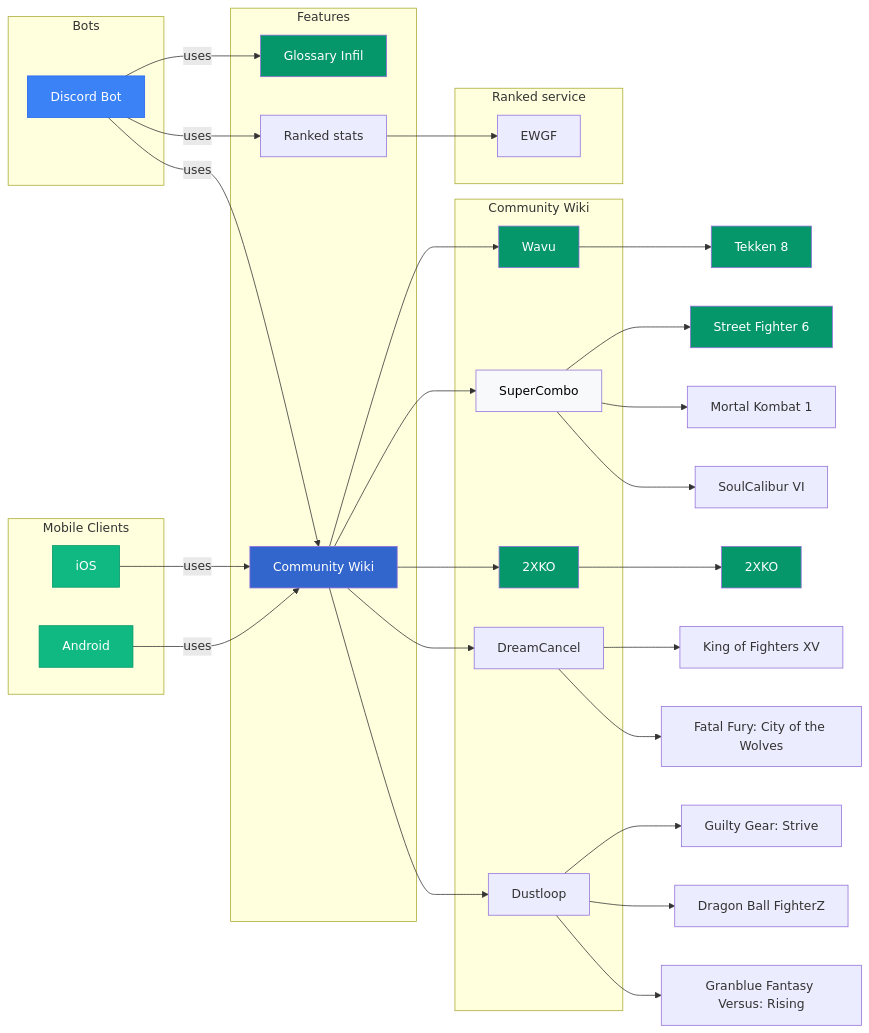
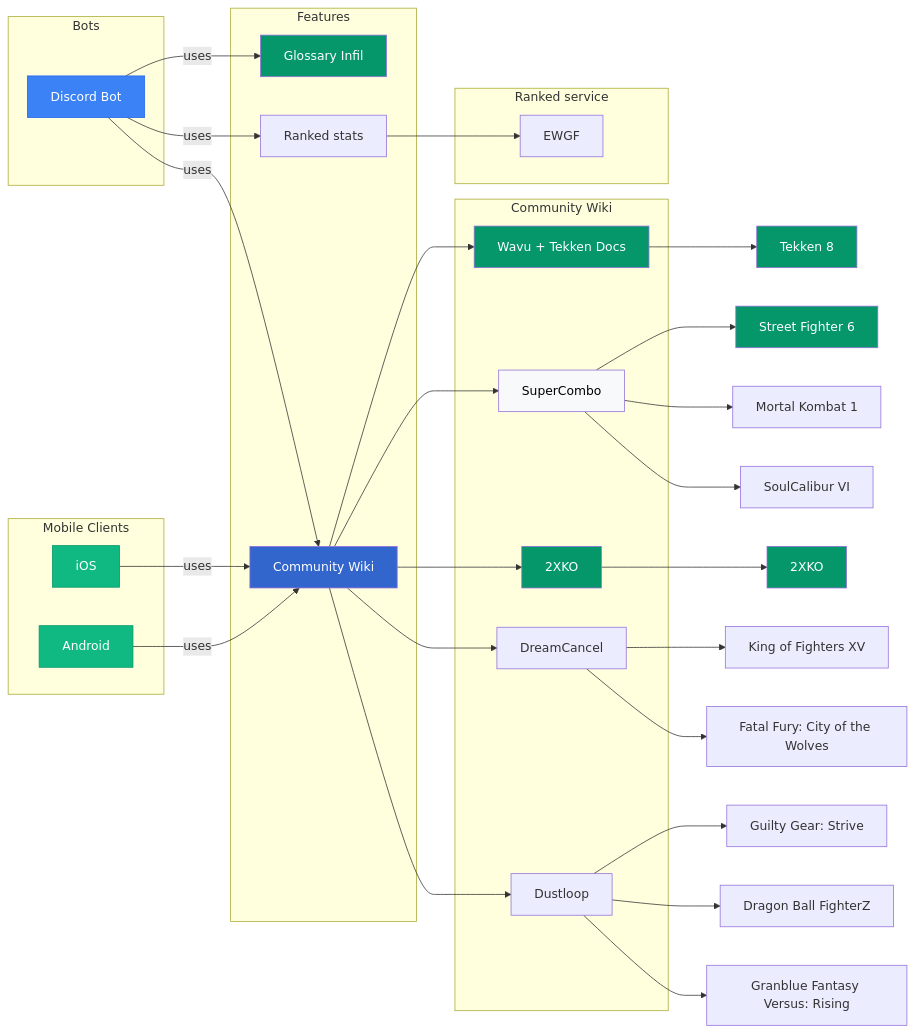
Before and after one commit to Sophon/FightingNerd: the diagram in README.md, drawn with Mermaid. The commit also changed 2 other files, not shown here.

Commit message:
doc (github): changelog, readme

````diff
--- a/README.md
+++ b/README.md
@@ -24,68 +24,68 @@
 ```mermaid
 graph LR
   subgraph Bots
     discordBot[Discord Bot]
   end
 
   subgraph "Mobile Clients"
     android[Android]
     iOS[iOS]
   end
 
   subgraph Features
     glossaryInfil[Glossary Infil]
     communityWiki[Community Wiki]
     elo[Ranked stats]
   end
 
   subgraph Community Wiki
-    wikiWavu[Wavu]
+    wikiWavu[Wavu + Tekken Docs]
     supercombo[SuperCombo]
     2xko[2XKO]
     dustloop[Dustloop]
     dreamcancel[DreamCancel]
   end
 
   subgraph Ranked service
     ewgf[EWGF]
   end
 
   android -->|uses| communityWiki
   iOS -->|uses| communityWiki
 
   discordBot -->|uses| glossaryInfil
   discordBot -->|uses| communityWiki
   discordBot -->|uses| elo
 
   communityWiki --> wikiWavu
   communityWiki --> supercombo
   communityWiki --> 2xko
   communityWiki --> dreamcancel
   communityWiki --> dustloop
 
   elo --> ewgf
 
   wikiWavu --> t8[Tekken 8]
   supercombo --> sf6[Street Fighter 6]
   supercombo --> mk1[Mortal Kombat 1]
   supercombo --> sc6[SoulCalibur VI]
   dustloop --> ggst[Guilty Gear: Strive]
   dustloop --> dbfz[Dragon Ball FighterZ]
   dustloop --> gbvsr[Granblue Fantasy Versus: Rising]
   2xko --> xko[2XKO]
   dreamcancel --> kof15[King of Fighters XV]
   dreamcancel --> cotw[Fatal Fury: City of the Wolves]
 
 
   style discordBot fill:#3B82F6,stroke:#2563EB,color:#fff
   style android fill:#10B981,stroke:#059669,color:#fff
   style iOS fill:#10B981,stroke:#059669,color:#fff
   style glossaryInfil fill:#059669,color:#fff
   style communityWiki fill:#3366CC,color:#fff
   style wikiWavu fill:#059669,color:#fff
   style supercombo fill:#F8F9FA,color:#000000
   style 2xko fill:#059669,color:#fff
   style t8 fill:#059669, color:#fff
   style sf6 fill:#059669, color:#fff
   style xko fill:#059669, color:#fff
 ```
````
